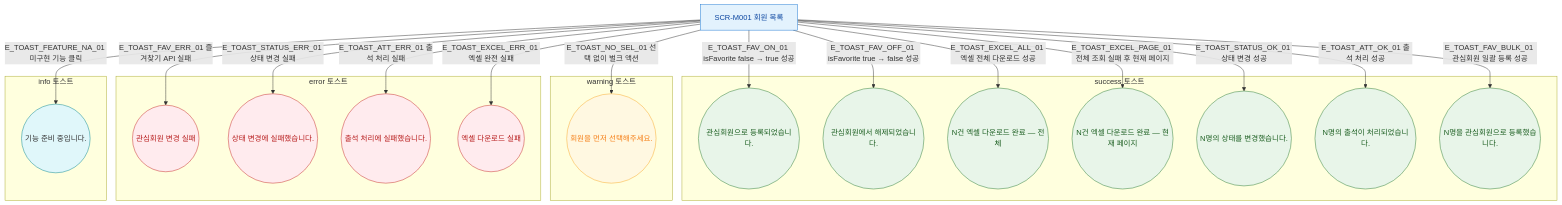
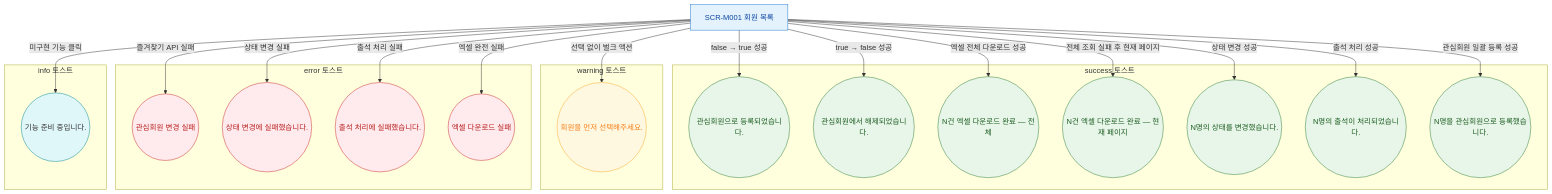
The diagram in docs/다이어그램/D02_회원관리/SCR-M001_회원목록/F9_토스트.md (dev-spogym/admin-pando), drawn with Mermaid before and after one commit. The commit also changed other lines of this file and 1660 other files, not shown here.

First line of the commit message:
다이어그램: 기획자/클라이언트 납품본으로 정리

````diff
--- a/docs/다이어그램/D02_회원관리/SCR-M001_회원목록/F9_토스트.md
+++ b/docs/다이어그램/D02_회원관리/SCR-M001_회원목록/F9_토스트.md
@@ -22,61 +20,61 @@
 ```mermaid
 flowchart TD
   SCR_M001[SCR-M001 회원 목록]
 
   subgraph SUCCESS_TOASTS [success 토스트]
     T_FAV_ON((관심회원으로 등록되었습니다.))
     T_FAV_OFF((관심회원에서 해제되었습니다.))
     T_EXCEL_ALL((N건 엑셀 다운로드 완료 — 전체))
     T_EXCEL_PAGE((N건 엑셀 다운로드 완료 — 현재 페이지))
     T_STATUS_OK((N명의 상태를 변경했습니다.))
     T_ATT_OK((N명의 출석이 처리되었습니다.))
     T_FAV_BULK((N명을 관심회원으로 등록했습니다.))
   end
 
   subgraph WARNING_TOASTS [warning 토스트]
     T_NO_SELECT((회원을 먼저 선택해주세요.))
   end
 
   subgraph ERROR_TOASTS [error 토스트]
     T_FAV_ERR((관심회원 변경 실패))
     T_STATUS_ERR((상태 변경에 실패했습니다.))
     T_ATT_ERR((출석 처리에 실패했습니다.))
     T_EXCEL_ERR((엑셀 다운로드 실패))
   end
 
   subgraph INFO_TOASTS [info 토스트]
     T_FEATURE_NA((기능 준비 중입니다.))
   end
 
-  SCR_M001 -->|E_TOAST_FAV_ON_01 isFavorite false → true 성공| T_FAV_ON
-  SCR_M001 -->|E_TOAST_FAV_OFF_01 isFavorite true → false 성공| T_FAV_OFF
-  SCR_M001 -->|E_TOAST_FAV_ERR_01 즐겨찾기 API 실패| T_FAV_ERR
-  SCR_M001 -->|E_TOAST_EXCEL_ALL_01 엑셀 전체 다운로드 성공| T_EXCEL_ALL
-  SCR_M001 -->|E_TOAST_EXCEL_PAGE_01 전체 조회 실패 후 현재 페이지| T_EXCEL_PAGE
-  SCR_M001 -->|E_TOAST_EXCEL_ERR_01 엑셀 완전 실패| T_EXCEL_ERR
-  SCR_M001 -->|E_TOAST_STATUS_OK_01 상태 변경 성공| T_STATUS_OK
-  SCR_M001 -->|E_TOAST_STATUS_ERR_01 상태 변경 실패| T_STATUS_ERR
-  SCR_M001 -->|E_TOAST_ATT_OK_01 출석 처리 성공| T_ATT_OK
-  SCR_M001 -->|E_TOAST_ATT_ERR_01 출석 처리 실패| T_ATT_ERR
-  SCR_M001 -->|E_TOAST_FAV_BULK_01 관심회원 일괄 등록 성공| T_FAV_BULK
-  SCR_M001 -->|E_TOAST_NO_SEL_01 선택 없이 벌크 액션| T_NO_SELECT
-  SCR_M001 -->|E_TOAST_FEATURE_NA_01 미구현 기능 클릭| T_FEATURE_NA
+  SCR_M001 -->|false → true 성공|T_FAV_ON
+  SCR_M001 -->|true → false 성공|T_FAV_OFF
+  SCR_M001 -->|즐겨찾기 API 실패|T_FAV_ERR
+  SCR_M001 -->|엑셀 전체 다운로드 성공|T_EXCEL_ALL
+  SCR_M001 -->|전체 조회 실패 후 현재 페이지|T_EXCEL_PAGE
+  SCR_M001 -->|엑셀 완전 실패|T_EXCEL_ERR
+  SCR_M001 -->|상태 변경 성공|T_STATUS_OK
+  SCR_M001 -->|상태 변경 실패|T_STATUS_ERR
+  SCR_M001 -->|출석 처리 성공|T_ATT_OK
+  SCR_M001 -->|출석 처리 실패|T_ATT_ERR
+  SCR_M001 -->|관심회원 일괄 등록 성공|T_FAV_BULK
+  SCR_M001 -->|선택 없이 벌크 액션|T_NO_SELECT
+  SCR_M001 -->|미구현 기능 클릭|T_FEATURE_NA
 
-  classDef screen      fill:#E3F2FD,stroke:#1976D2,color:#0D47A1
-  classDef modal       fill:#FFF3E0,stroke:#F57C00,color:#E65100
-  classDef newFeature  fill:#F3E5F5,stroke:#9C27B0,stroke-dasharray:5 5
-  classDef error       fill:#FFEBEE,stroke:#C62828,color:#B71C1C
-  classDef success     fill:#E8F5E9,stroke:#2E7D32,color:#1B5E20
-  classDef warning     fill:#FFF8E1,stroke:#F9A825,color:#F57F17
-  classDef info        fill:#E0F7FA,stroke:#00838F
-  classDef system      fill:#EDE7F6,stroke:#5E35B2
-  classDef external    fill:#ECEFF1,stroke:#455A64,stroke-dasharray:3 3
-  classDef cron        fill:#E0F2F1,stroke:#00695C
+  classDef screen fill:#E3F2FD,stroke:#1976D2,color:#0D47A1
+  classDef modal fill:#FFF3E0,stroke:#F57C00,color:#E65100
+  classDef newFeature fill:#F3E5F5,stroke:#9C27B0,stroke-dasharray:5 5
+  classDef error fill:#FFEBEE,stroke:#C62828,color:#B71C1C
+  classDef success fill:#E8F5E9,stroke:#2E7D32,color:#1B5E20
+  classDef warning fill:#FFF8E1,stroke:#F9A825,color:#F57F17
+  classDef info fill:#E0F7FA,stroke:#00838F
+  classDef system fill:#EDE7F6,stroke:#5E35B2
+  classDef external fill:#ECEFF1,stroke:#455A64,stroke-dasharray:3 3
+  classDef cron fill:#E0F2F1,stroke:#00695C
   classDef rbacBlocked fill:#F5F5F5,stroke:#9E9E9E,color:#616161
 
   class SCR_M001 screen
   class T_FAV_ON,T_FAV_OFF,T_EXCEL_ALL,T_EXCEL_PAGE,T_STATUS_OK,T_ATT_OK,T_FAV_BULK success
   class T_NO_SELECT warning
   class T_FAV_ERR,T_STATUS_ERR,T_ATT_ERR,T_EXCEL_ERR error
   class T_FEATURE_NA info
 ```
````
